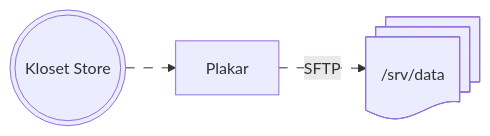
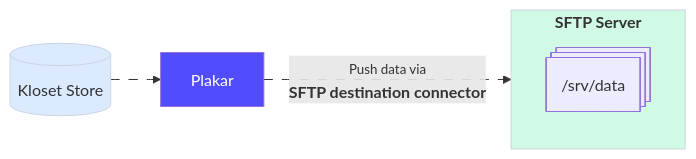
Before and after one commit to PlakarKorp/plakar.io: the third of 3 diagrams in content/docs/v1.0.6/integrations/sftp/index.md, drawn with Mermaid. The commit also changed other lines of this file, not shown here.

Commit message:
sftp: better schemas

```diff
--- a/content/docs/v1.0.6/integrations/sftp/index.md
+++ b/content/docs/v1.0.6/integrations/sftp/index.md
@@ -198,10 +214,25 @@
 {{< mermaid >}}
 flowchart LR
-  Kloset(((Kloset Store)))
-  Kloset e1@--> Plakar[Plakar]
-  DIR@{ shape: docs, label: "/srv/data" }
-  Plakar e2@-- SFTP --> DIR
-  classDef animate stroke-dasharray: 9,5,stroke-dashoffset: 900,animation: dash 25s linear infinite;
-  class e1 animate
-  class e2 animate
+
+Store@{ shape: cyl, label: "Kloset Store" }
+
+Store --> Plakar
+
+subgraph Destination[<b>SFTP Server</b>]
+  fs@{ shape: st-rect, label: "/srv/data" }
+end
+
+Plakar -- <small>Push data via</small><br><b>SFTP destination connector</b> --> Destination
+
+%% Apply classes
+class Destination destinationBox
+class Plakar brandBox
+class Store storeBox
+
+%% Classes definitions
+classDef destinationBox fill:#d0fae5,stroke:#cad5e2,stroke-width:1px
+classDef brandBox fill:#524cff,color:#ffffff
+classDef storeBox fill:#dbeafe,stroke:#cad5e2,stroke-width:1px
+
+linkStyle default stroke-dasharray: 9,5,stroke-dashoffset: 900,animation: dash 25s linear infinite;
 {{< /mermaid >}}
```
